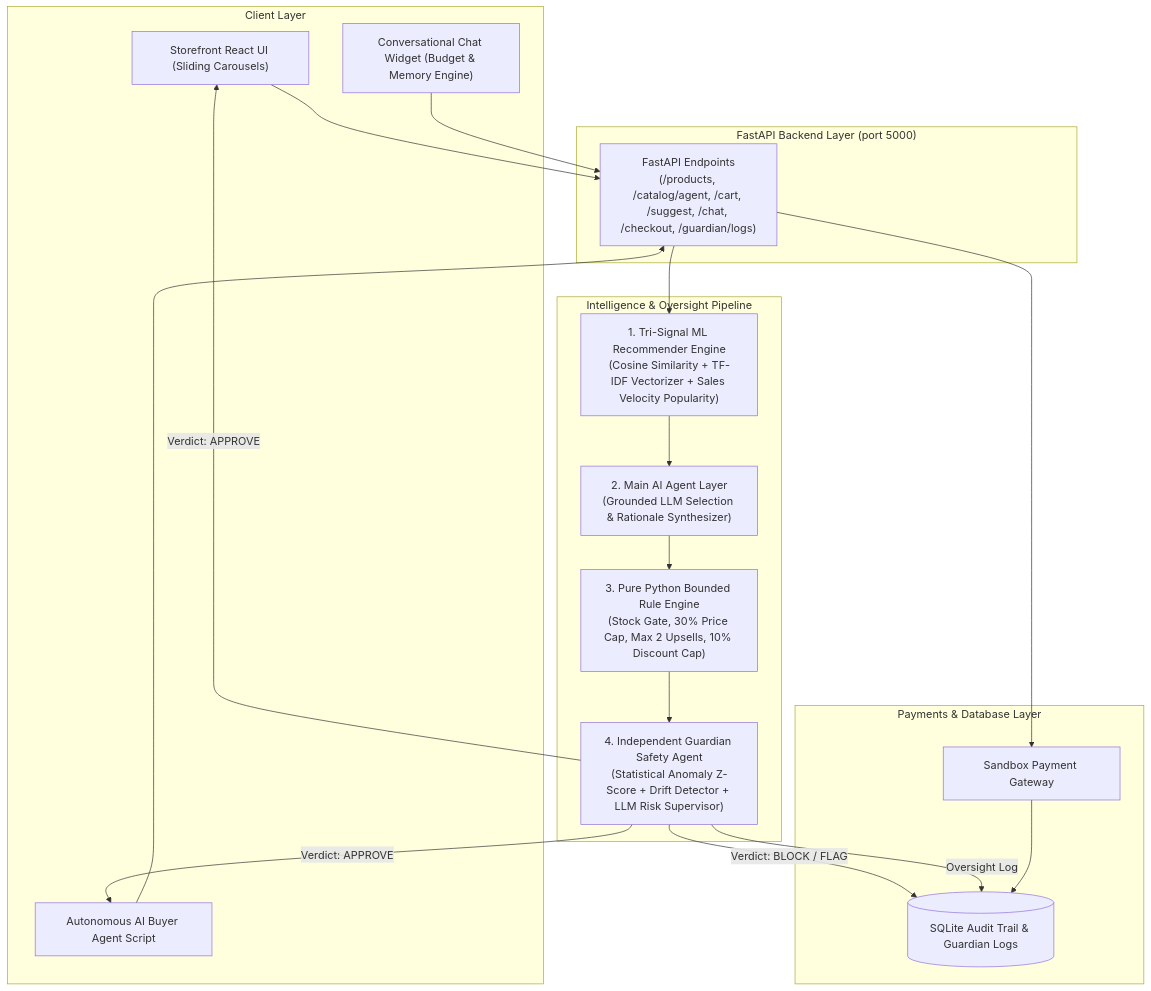
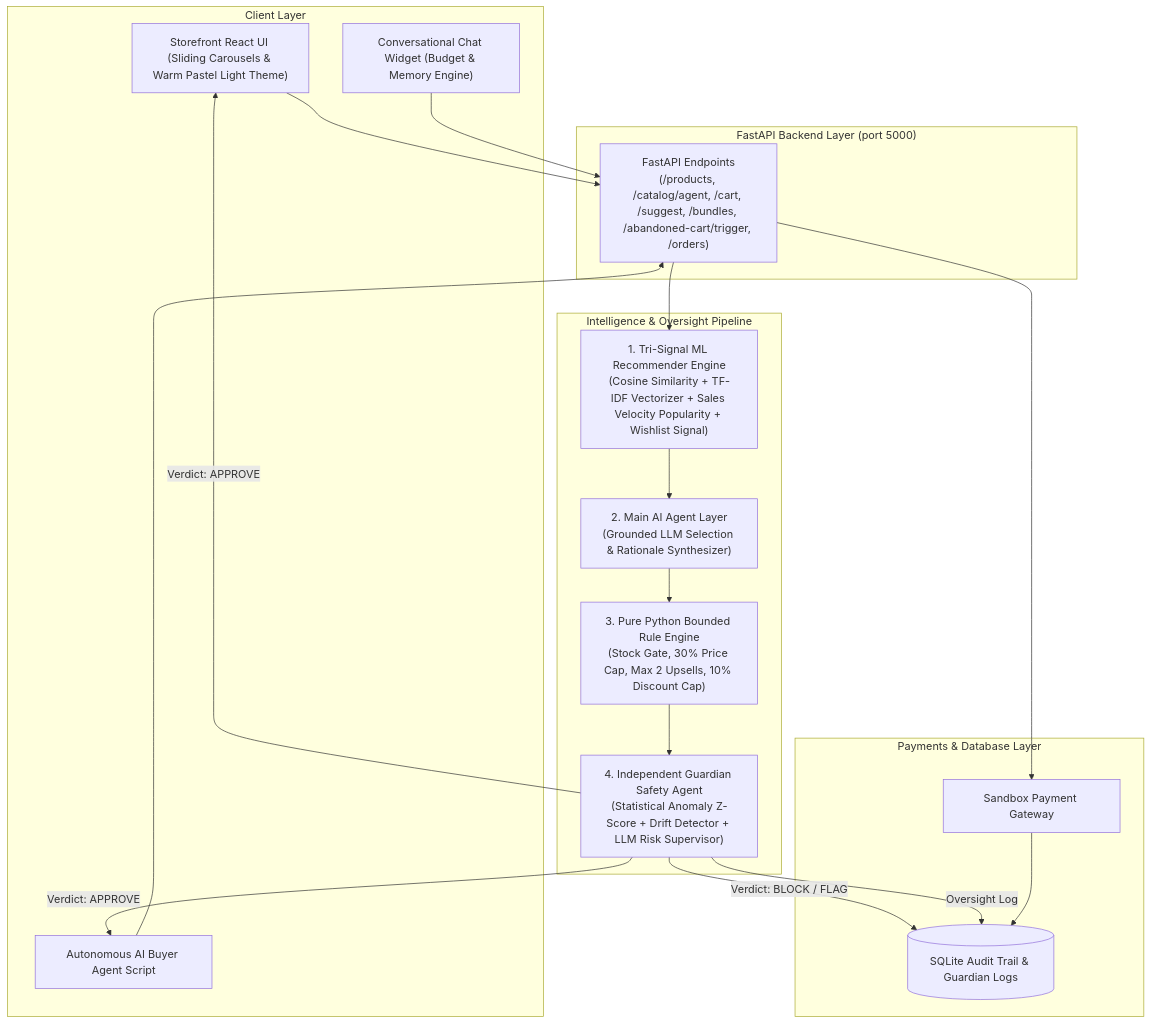
The diagram in README.md (Shruti843989/SellSense), drawn with Mermaid before and after one commit. The commit also changed other lines of this file and 31 other files, not shown here.

````diff
--- a/README.md
+++ b/README.md
@@ -10,41 +10,41 @@
 ```mermaid
 flowchart TD
     subgraph Clients["Client Layer"]
-        FE["Storefront React UI (Sliding Carousels)"]
+        FE["Storefront React UI (Sliding Carousels & Warm Pastel Light Theme)"]
         CHAT["Conversational Chat Widget (Budget & Memory Engine)"]
         BUYER["Autonomous AI Buyer Agent Script"]
     end
 
     subgraph API["FastAPI Backend Layer (port 5000)"]
-        EP["FastAPI Endpoints<br/>(/products, /catalog/agent, /cart, /suggest, /chat, /checkout, /guardian/logs)"]
+        EP["FastAPI Endpoints<br/>(/products, /catalog/agent, /cart, /suggest, /bundles, /abandoned-cart/trigger, /orders)"]
     end
 
     subgraph Pipeline["Intelligence & Oversight Pipeline"]
-        ML["1. Tri-Signal ML Recommender Engine<br/>(Cosine Similarity + TF-IDF Vectorizer + Sales Velocity Popularity)"]
+        ML["1. Tri-Signal ML Recommender Engine<br/>(Cosine Similarity + TF-IDF Vectorizer + Sales Velocity Popularity + Wishlist Signal)"]
         AGENT["2. Main AI Agent Layer<br/>(Grounded LLM Selection & Rationale Synthesizer)"]
         RULES["3. Pure Python Bounded Rule Engine<br/>(Stock Gate, 30% Price Cap, Max 2 Upsells, 10% Discount Cap)"]
         GUARDIAN["4. Independent Guardian Safety Agent<br/>(Statistical Anomaly Z-Score + Drift Detector + LLM Risk Supervisor)"]
     end
 
     subgraph External["Payments & Database Layer"]
         RZP["Sandbox Payment Gateway"]
         DB[(SQLite Audit Trail & Guardian Logs)]
     end
 
     FE --> EP
     CHAT --> EP
     BUYER --> EP
 
     EP --> ML
     ML --> AGENT
     AGENT --> RULES
     RULES --> GUARDIAN
 
     GUARDIAN -->|Verdict: APPROVE| FE
     GUARDIAN -->|Verdict: APPROVE| BUYER
     GUARDIAN -->|Verdict: BLOCK / FLAG| DB
     GUARDIAN -->|Oversight Log| DB
 
     EP --> RZP
     RZP --> DB
 ```
````
